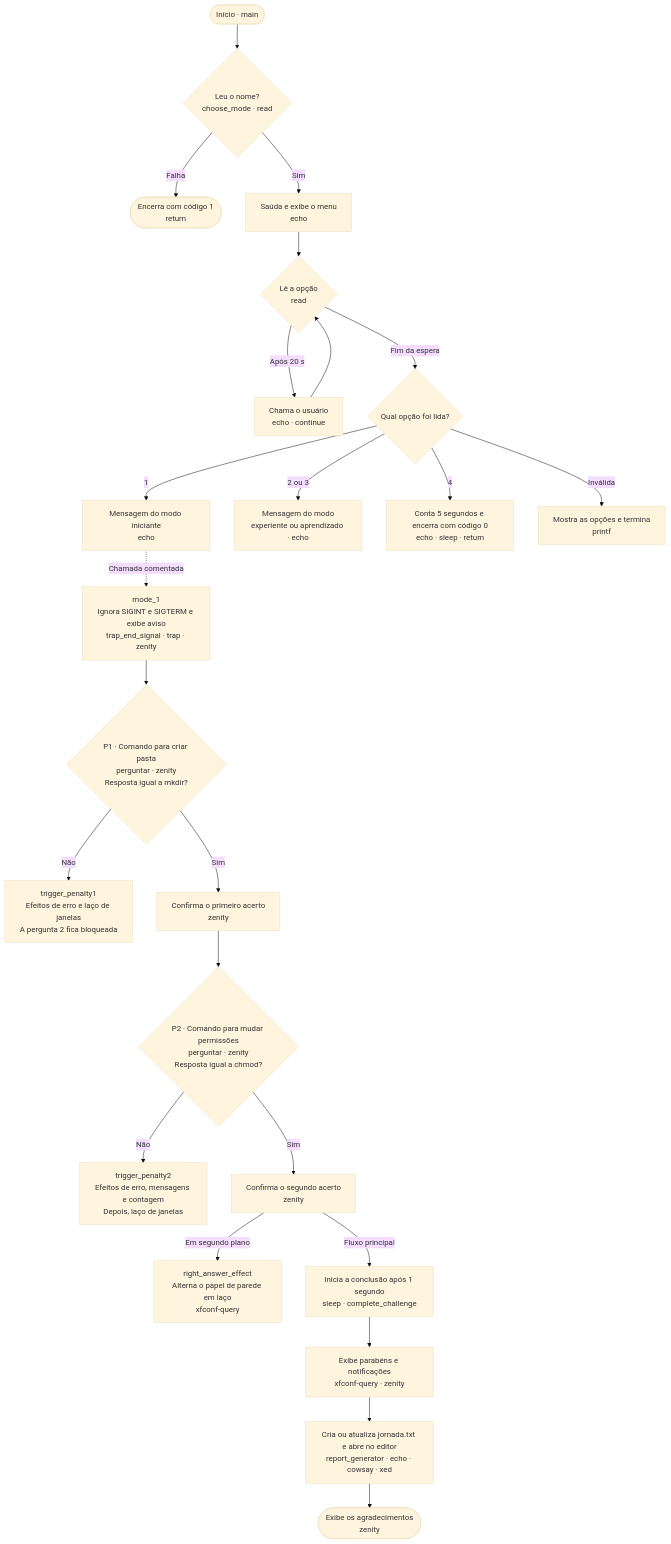
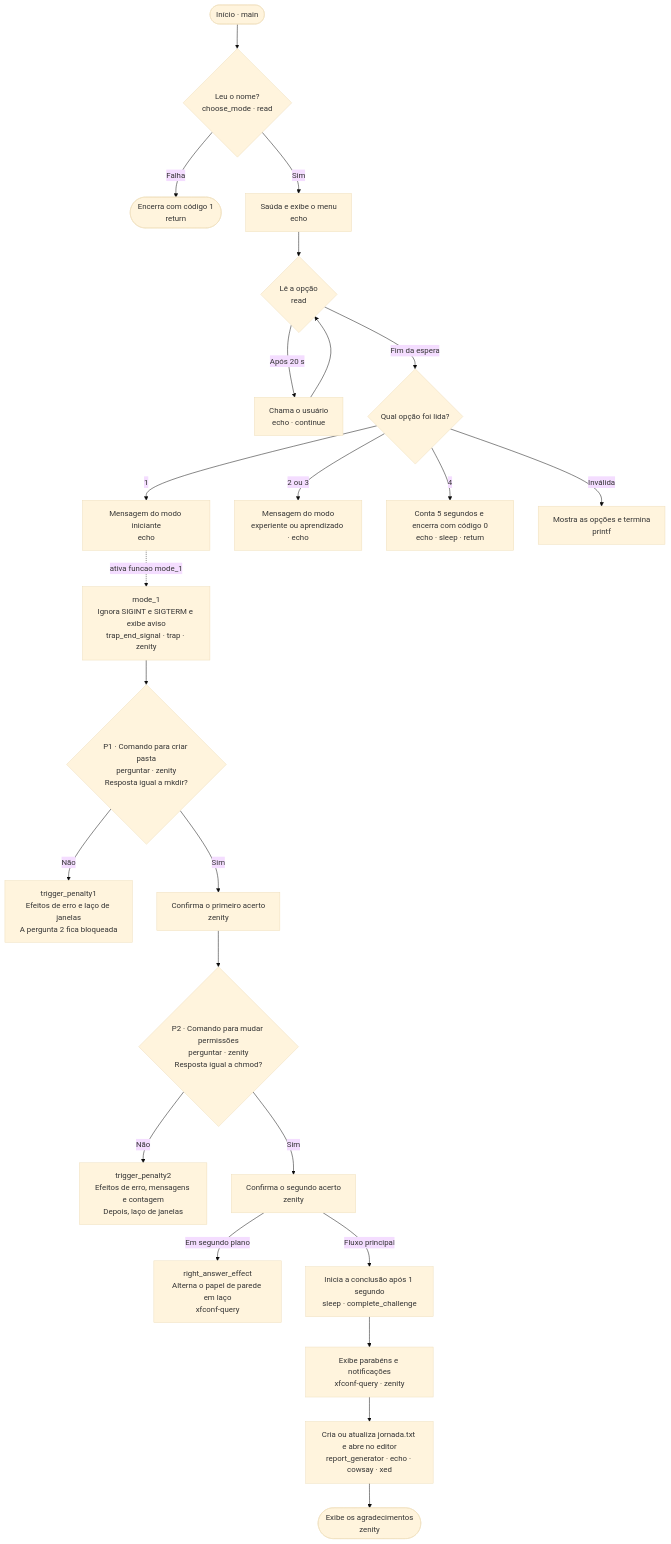
Before and after one commit to helvecior/Repositorio-Questionario: the third of 3 diagrams in Fluxograma-Questionario-Interativo.md, drawn with Mermaid (base theme). The commit also changed other lines of this file, not shown here.

Commit message:
Update flowchart documentation: enhance structure and clarify function calls

````diff
--- a/Fluxograma-Questionario-Interativo.md
+++ b/Fluxograma-Questionario-Interativo.md
@@ -90,26 +100,26 @@
 ```mermaid
 flowchart TB
     A(["Início · main"]) --> N{"Leu o nome?<br/>choose_mode · read"}
     N -->|Falha| F(["Encerra com código 1<br/>return"])
     N -->|Sim| M["Saúda e exibe o menu<br/>echo"]
     M --> R{"Lê a opção<br/>read"}
     R -->|Após 20 s| T["Chama o usuário<br/>echo · continue"]
     T --> R
     R -->|Fim da espera| O{"Qual opção foi lida?"}
     O -->|1| I["Mensagem do modo iniciante<br/>echo"]
     O -->|2 ou 3| J["Mensagem do modo<br/>experiente ou aprendizado · echo"]
     O -->|4| K["Conta 5 segundos e encerra com código 0<br/>echo · sleep · return"]
     O -->|Inválida| L["Mostra as opções e termina<br/>printf"]
-    I -.->|Chamada comentada| Q["mode_1<br/>Ignora SIGINT e SIGTERM e exibe aviso<br/>trap_end_signal · trap · zenity"]
+    I -.->|ativa funcao mode_1| Q["mode_1<br/>Ignora SIGINT e SIGTERM e exibe aviso<br/>trap_end_signal · trap · zenity"]
     Q --> Q1{"P1 · Comando para criar pasta<br/>perguntar · zenity<br/>Resposta igual a mkdir?"}
     Q1 -->|Não| P1["trigger_penalty1<br/>Efeitos de erro e laço de janelas<br/>A pergunta 2 fica bloqueada"]
     Q1 -->|Sim| B["Confirma o primeiro acerto<br/>zenity"]
     B --> Q2{"P2 · Comando para mudar permissões<br/>perguntar · zenity<br/>Resposta igual a chmod?"}
     Q2 -->|Não| P2["trigger_penalty2<br/>Efeitos de erro, mensagens e contagem<br/>Depois, laço de janelas"]
     Q2 -->|Sim| C["Confirma o segundo acerto<br/>zenity"]
     C -->|Em segundo plano| E["right_answer_effect<br/>Alterna o papel de parede em laço<br/>xfconf-query"]
     C -->|Fluxo principal| W["Inicia a conclusão após 1 segundo<br/>sleep · complete_challenge"]
     W --> S["Exibe parabéns e notificações<br/>xfconf-query · zenity"]
     S --> H["Cria ou atualiza jornada.txt e abre no editor<br/>report_generator · echo · cowsay · xed"]
     H --> Z(["Exibe os agradecimentos<br/>zenity"])
 ```
````
